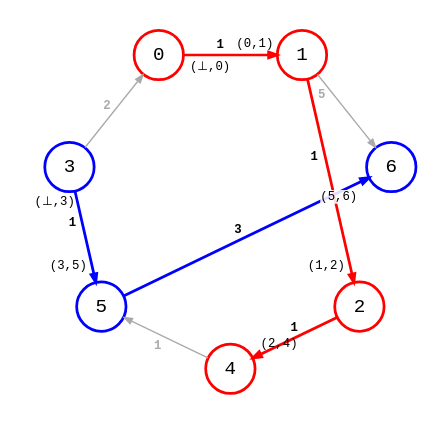
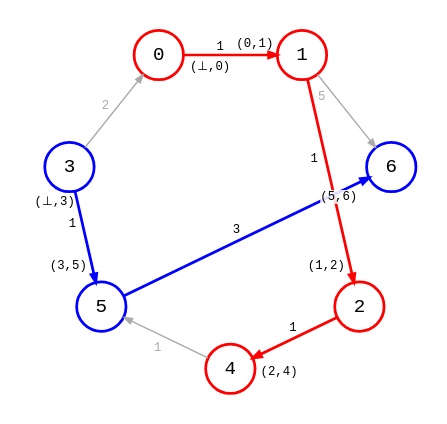
One commit to bsdrks/graaf-images changed the diagram in src/dijkstra_pred_multi_source_1-0.83.4.dot. Above: the diagram before and after it, drawn with Graphviz. The commit also changed 76 other files, not shown here.

```diff
--- a/src/dijkstra_pred_multi_source_1-0.83.4.dot
+++ b/src/dijkstra_pred_multi_source_1-0.83.4.dot
@@ -1,161 +1,161 @@
 digraph {
     node [shape=circle, fontname="monospace", style=bold];
     edge [arrowsize=0.6, fontname="monospace", fontsize=9];
     layout=circo;
     scale=1.0;
     normalize=true;
     pad=0.2;
     // newrank=true;
     // splines=line
 
     0, 1, 2, 4 [style=bold, color=red];
     3, 5, 6 [color=blue];
 
     3 -> 0 [
         color="#aaaaaa",
         fontcolor="#aaaaaa",
         label=<
-            <table border="0" cellpadding="0" cellspacing="0">
+            <table border="0" cellpadding="1" cellspacing="0">
                 <tr>
-                    <td><b>2</b></td>
+                    <td>2</td>
                 </tr>
             </table>
         >,
     ];
 
     0 -> 1 [
         color=red,
         style=bold,
         headlabel=<
             <table border="0" cellpadding="3" cellspacing="0">
                 <tr>
                     <td>(0,1)</td>
                 </tr>
             </table>
         >,
         taillabel=<
             <table border="0">
                 <tr>
                     <td>(⊥,0)</td>
                 </tr>
             </table>
             >,
         label=<
             <table border="0" cellpadding="1" cellspacing="0">
                 <tr>
-                    <td><b>1</b></td>
+                    <td>1</td>
                 </tr>
             </table>
         >,
     ];
 
     1 -> 2 [
         style=bold, 
         color=red, 
         headlabel=<
             <table border="0" cellpadding="7" cellspacing="0">
                 <tr>
                     <td>(1,2)</td>
                 </tr>
             </table>
         >,
         label=<
             <table border="0" cellpadding="8" cellspacing="0">
                 <tr>
-                    <td><b>1</b></td>
+                    <td>1</td>
                 </tr>
             </table>
         >,
     ];
 
     2 -> 4 [
         style=bold, 
         color=red, 
         headlabel=<
             <table border="0" cellpadding="5" cellspacing="0">
                 <tr>
                     <td>(2,4)</td>
                 </tr>
             </table>
         >,
         label=<
-            <table border="0" cellpadding="0" cellspacing="0">
+            <table border="0" cellpadding="1" cellspacing="0">
                 <tr>
-                    <td><b>1</b></td>
+                    <td>1</td>
                 </tr>
             </table>
         >,
     ];
 
     1 -> 6 [
         color="#aaaaaa",
         fontcolor="#aaaaaa",
         label=<
             <table border="0" cellpadding="3" cellspacing="0">
                 <tr>
-                    <td><b>5  </b></td>
+                    <td>5  </td>
                 </tr>
             </table>
         >,
     ];
 
     2 -> 6 [style=invis];
     6 -> 2 [style=invis];
 
     4 -> 5 [
         color="#aaaaaa",
         fontcolor="#aaaaaa",
         label=<
             <table border="0" cellpadding="1" cellspacing="0">
                 <tr>
-                    <td><b>     1</b></td>
+                    <td>     1</td>
                 </tr>
             </table>
         >,
     ];
 
     3 -> 5 [
         style=bold, 
         color=blue, 
         headlabel=<
             <table border="0" cellpadding="7" cellspacing="0">
                 <tr>
                     <td>(3,5)</td>
                 </tr>
             </table>
         >,
         taillabel=<
             <table border="0" cellpadding="3" cellspacing="0">
                 <tr>
                     <td>(⊥,3)</td>
                 </tr>
             </table>
         >,
         label=<
             <table border="0" cellpadding="1" cellspacing="0">
                 <tr>
-                    <td><b>1 </b></td>
+                    <td>1 </td>
                 </tr>
             </table>
         >,
     ];
 
     5 -> 6 [
         style=bold, 
         color=blue, 
         headlabel=<
             <table border="0" cellpadding="0" cellspacing="9">
                 <tr>
                     <td bgcolor="#ffffffdd">(5,6)</td>
                 </tr>
             </table>
         >,
         label=<
-            <table border="0" cellpadding="0" cellspacing="0">
+            <table border="0" cellpadding="1" cellspacing="0">
                 <tr>
-                    <td><b>3</b></td>
+                    <td>3</td>
                 </tr>
             </table>
         >,
     ];
 }
```
